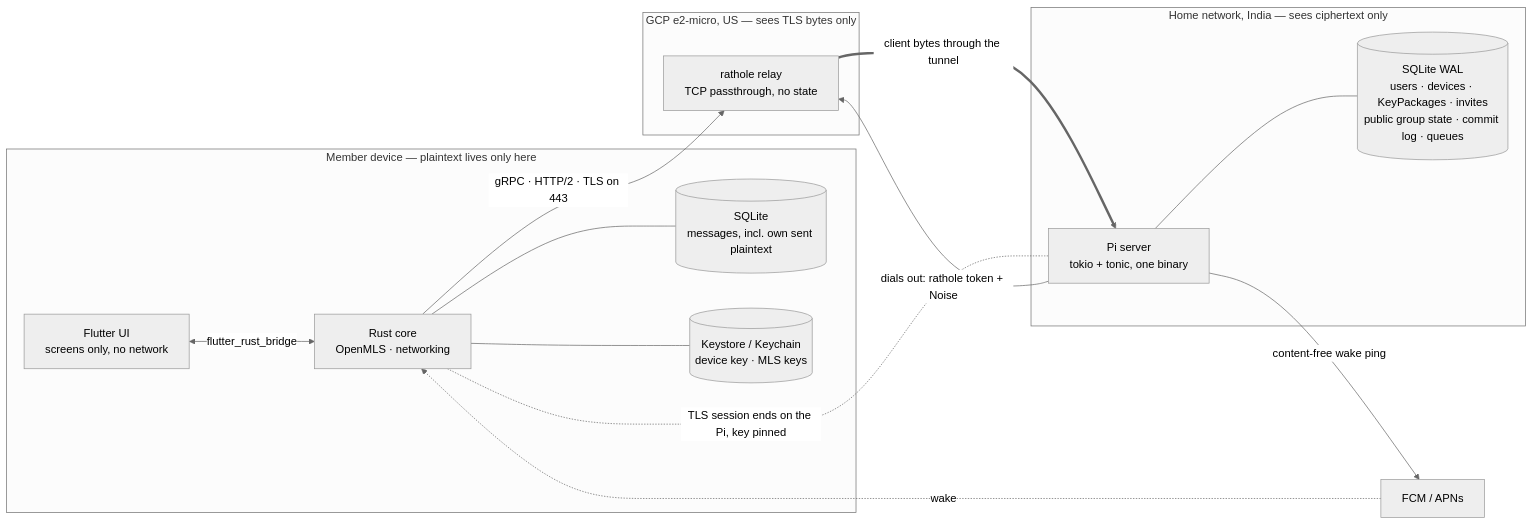
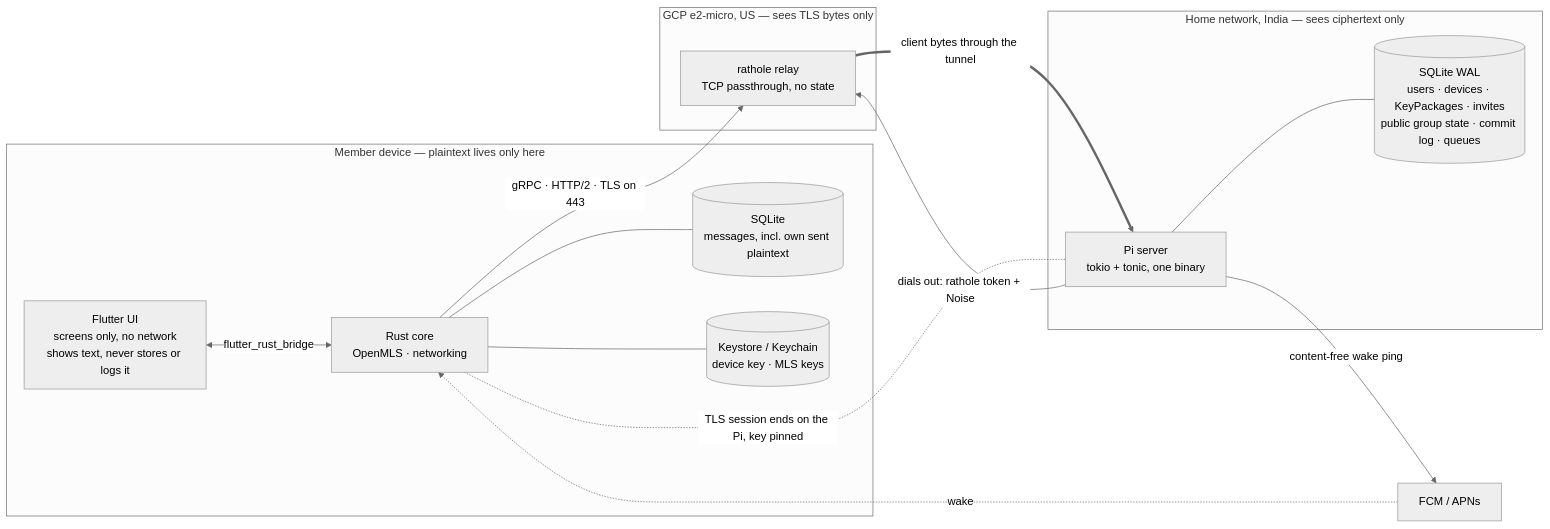
One commit to koppathachan/vyajena changed the first of 4 diagrams in docs/architecture-decisions.md. Above: the diagram before and after it, drawn with Mermaid (neutral theme). The commit also changed other lines of this file and 20 other files, not shown here.

````diff
--- a/docs/architecture-decisions.md
+++ b/docs/architecture-decisions.md
@@ -32,31 +37,31 @@
 ```mermaid
 flowchart LR
   subgraph device["Member device — plaintext lives only here"]
-    ui["Flutter UI<br/>screens only, no network"]
+    ui["Flutter UI<br/>screens only, no network<br/>shows text, never stores or logs it"]
     core["Rust core<br/>OpenMLS · networking"]
     db[("SQLite<br/>messages, incl. own sent plaintext")]
     ks[("Keystore / Keychain<br/>device key · MLS keys")]
     ui <-->|"flutter_rust_bridge"| core
     core --- db
     core --- ks
   end
 
   subgraph gcp["GCP e2-micro, US — sees TLS bytes only"]
     relay["rathole relay<br/>TCP passthrough, no state"]
   end
 
   subgraph home["Home network, India — sees ciphertext only"]
     pi["Pi server<br/>tokio + tonic, one binary"]
     pidb[("SQLite WAL<br/>users · devices · KeyPackages · invites<br/>public group state · commit log · queues")]
     pi --- pidb
   end
 
   push["FCM / APNs"]
 
   core -->|"gRPC · HTTP/2 · TLS on 443"| relay
   pi -->|"dials out: rathole token + Noise"| relay
   relay ==>|"client bytes through the tunnel"| pi
   core -. "TLS session ends on the Pi, key pinned" .- pi
   pi -->|"content-free wake ping"| push
   push -.->|"wake"| core
 ```
````
